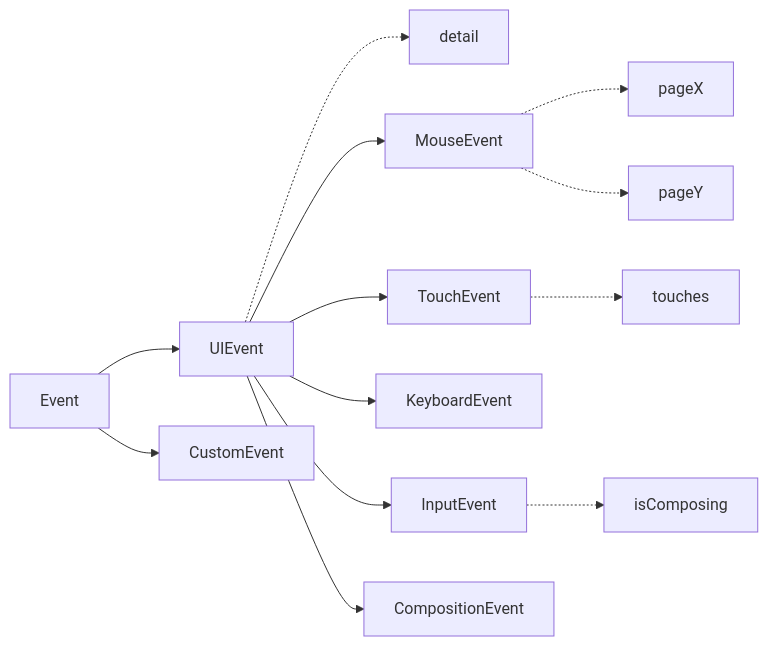
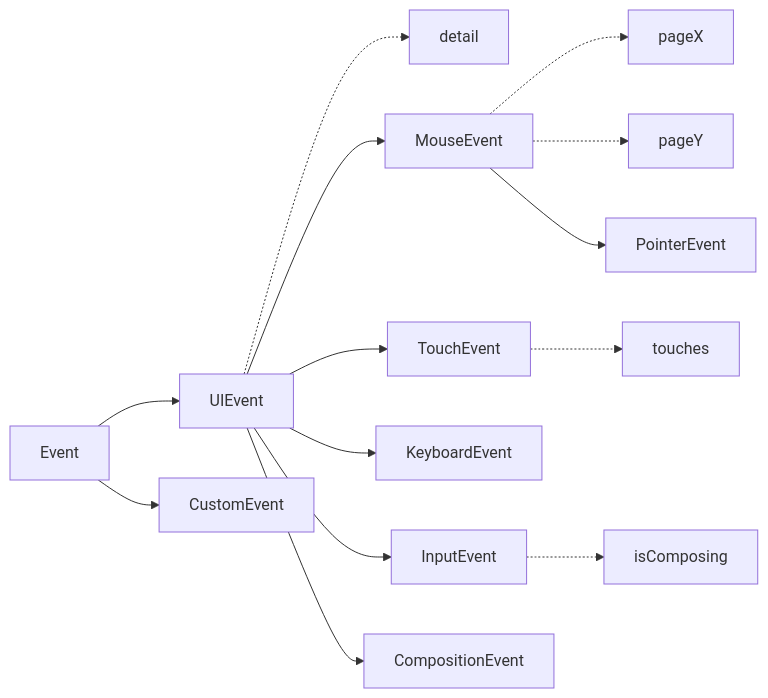
Before and after one commit to pbdm/posts: the diagram in 2017-05-30-js-events.md, drawn with Mermaid. The commit also changed other lines of this file and 2 other files, not shown here.

````diff
--- a/2017-05-30-js-events.md
+++ b/2017-05-30-js-events.md
@@ -21,15 +21,16 @@
 ```mermaid
 graph LR
 Event --> UIEvent
 Event --> CustomEvent
 UIEvent .-> detail
 UIEvent --> MouseEvent
 MouseEvent .-> pageX
 MouseEvent .-> pageY
+MouseEvent --> PointerEvent
 UIEvent --> TouchEvent
 TouchEvent .-> touches
 UIEvent --> KeyboardEvent
 UIEvent --> InputEvent
 InputEvent .-> isComposing
 UIEvent --> CompositionEvent
 ```
````
